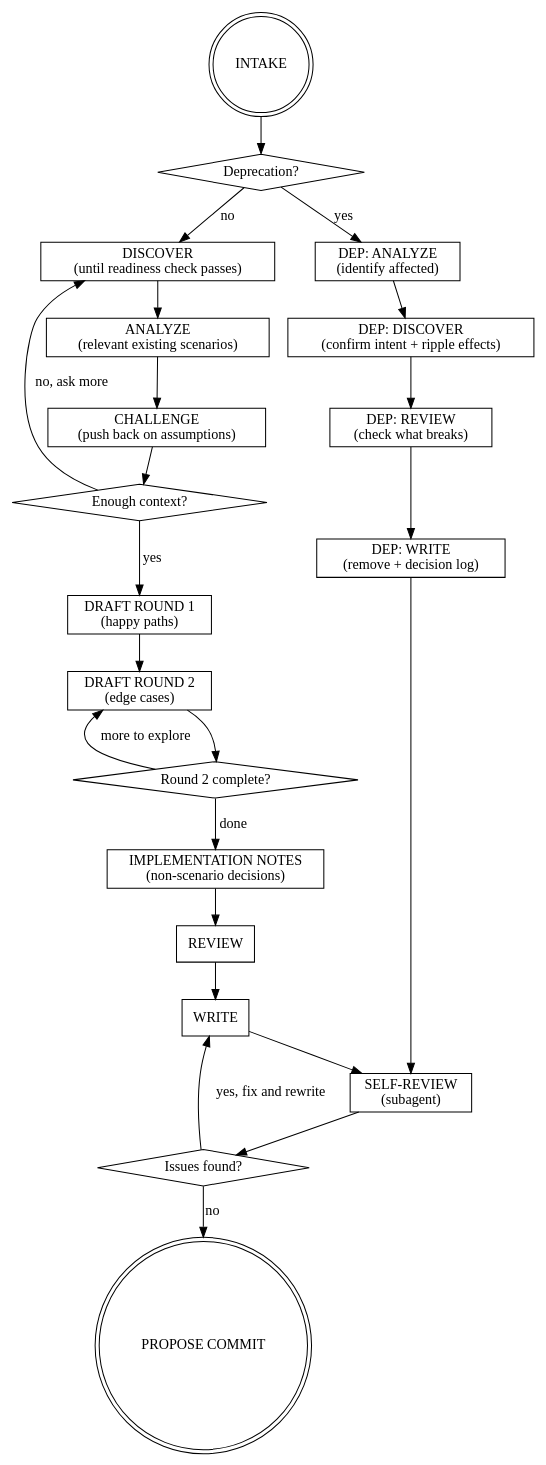
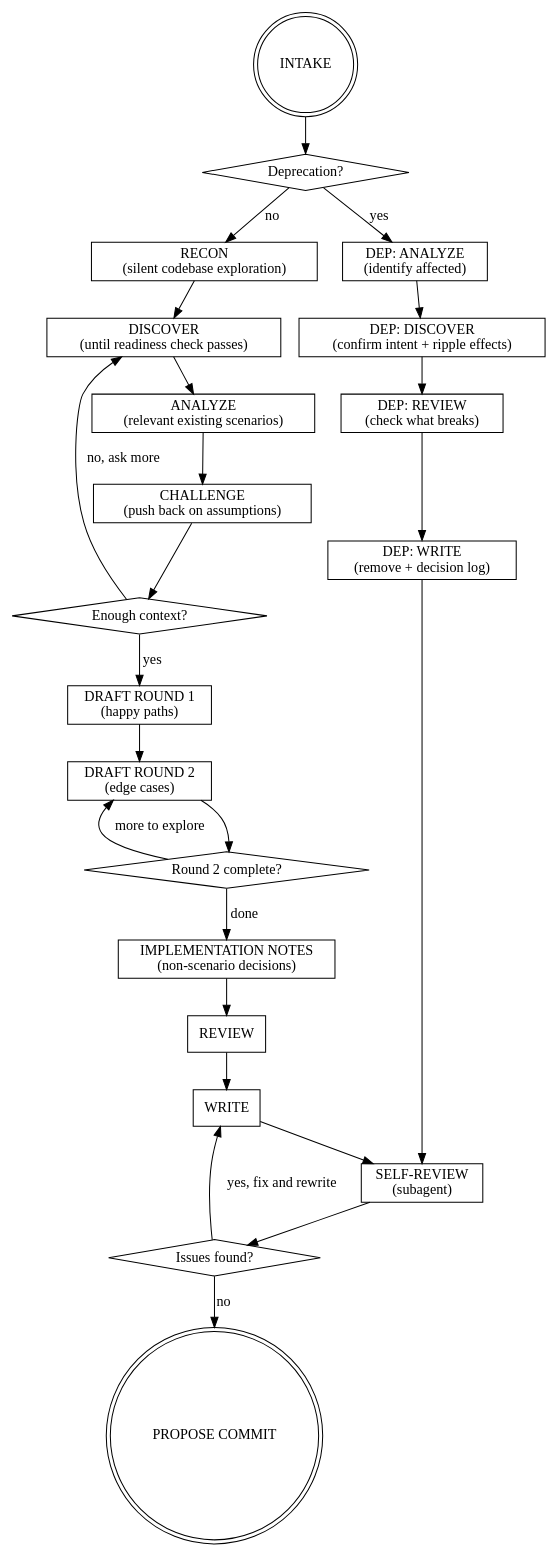
The diagram in .claude/skills/writing-bdd-scenarios/SKILL.md (FilipPyrek/bdd-agentic-coding), drawn with Graphviz before and after one commit. The commit also changed other lines of this file, not shown here.

Commit message:
feat: add recon

````diff
--- a/.claude/skills/writing-bdd-scenarios/SKILL.md
+++ b/.claude/skills/writing-bdd-scenarios/SKILL.md
@@ -142,51 +153,53 @@
 ```dot
 digraph bdd_flow {
     "INTAKE" [shape=doublecircle];
     "Deprecation?" [shape=diamond];
+    "RECON\n(silent codebase exploration)" [shape=box];
     "DISCOVER\n(until readiness check passes)" [shape=box];
     "ANALYZE\n(relevant existing scenarios)" [shape=box];
     "CHALLENGE\n(push back on assumptions)" [shape=box];
     "Enough context?" [shape=diamond];
     "DRAFT ROUND 1\n(happy paths)" [shape=box];
     "DRAFT ROUND 2\n(edge cases)" [shape=box];
     "Round 2 complete?" [shape=diamond];
     "IMPLEMENTATION NOTES\n(non-scenario decisions)" [shape=box];
     "REVIEW" [shape=box];
     "WRITE" [shape=box];
     "SELF-REVIEW\n(subagent)" [shape=box];
     "Issues found?" [shape=diamond];
     "PROPOSE COMMIT" [shape=doublecircle];
 
     subgraph deprecation {
         "DEP: ANALYZE\n(identify affected)" [shape=box];
         "DEP: DISCOVER\n(confirm intent + ripple effects)" [shape=box];
         "DEP: REVIEW\n(check what breaks)" [shape=box];
         "DEP: WRITE\n(remove + decision log)" [shape=box];
     }
 
     "INTAKE" -> "Deprecation?";
     "Deprecation?" -> "DEP: ANALYZE\n(identify affected)" [label="yes"];
-    "Deprecation?" -> "DISCOVER\n(until readiness check passes)" [label="no"];
+    "Deprecation?" -> "RECON\n(silent codebase exploration)" [label="no"];
 
     "DEP: ANALYZE\n(identify affected)" -> "DEP: DISCOVER\n(confirm intent + ripple effects)";
     "DEP: DISCOVER\n(confirm intent + ripple effects)" -> "DEP: REVIEW\n(check what breaks)";
     "DEP: REVIEW\n(check what breaks)" -> "DEP: WRITE\n(remove + decision log)";
     "DEP: WRITE\n(remove + decision log)" -> "SELF-REVIEW\n(subagent)";
 
+    "RECON\n(silent codebase exploration)" -> "DISCOVER\n(until readiness check passes)";
     "DISCOVER\n(until readiness check passes)" -> "ANALYZE\n(relevant existing scenarios)";
     "ANALYZE\n(relevant existing scenarios)" -> "CHALLENGE\n(push back on assumptions)";
     "CHALLENGE\n(push back on assumptions)" -> "Enough context?";
     "Enough context?" -> "DISCOVER\n(until readiness check passes)" [label="no, ask more"];
     "Enough context?" -> "DRAFT ROUND 1\n(happy paths)" [label="yes"];
     "DRAFT ROUND 1\n(happy paths)" -> "DRAFT ROUND 2\n(edge cases)";
     "DRAFT ROUND 2\n(edge cases)" -> "Round 2 complete?";
     "Round 2 complete?" -> "DRAFT ROUND 2\n(edge cases)" [label="more to explore"];
     "Round 2 complete?" -> "IMPLEMENTATION NOTES\n(non-scenario decisions)" [label="done"];
     "IMPLEMENTATION NOTES\n(non-scenario decisions)" -> "REVIEW";
     "REVIEW" -> "WRITE";
     "WRITE" -> "SELF-REVIEW\n(subagent)";
     "SELF-REVIEW\n(subagent)" -> "Issues found?";
     "Issues found?" -> "WRITE" [label="yes, fix and rewrite"];
     "Issues found?" -> "PROPOSE COMMIT" [label="no"];
 }
 ```
````
